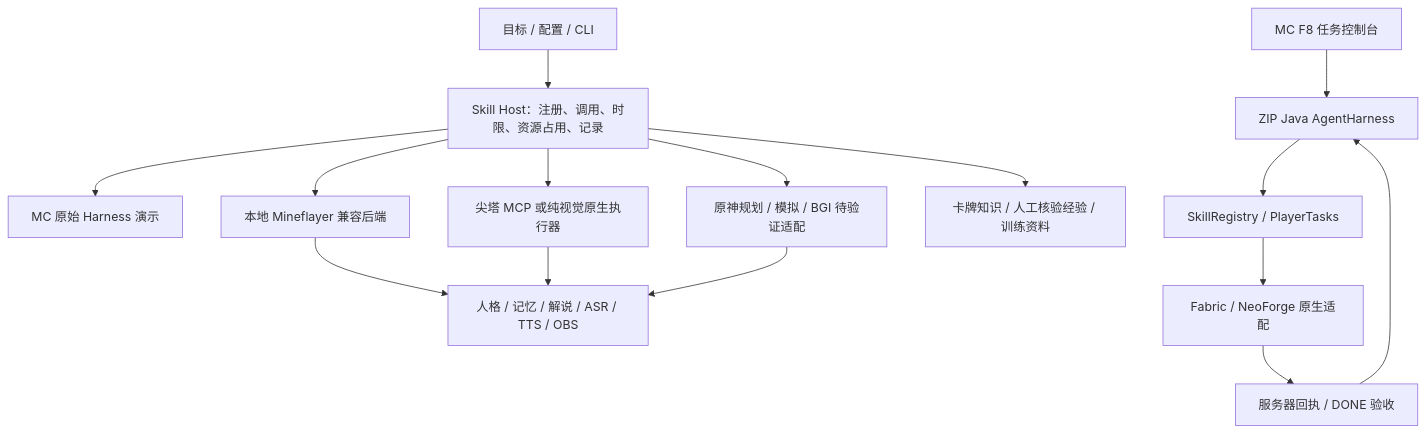
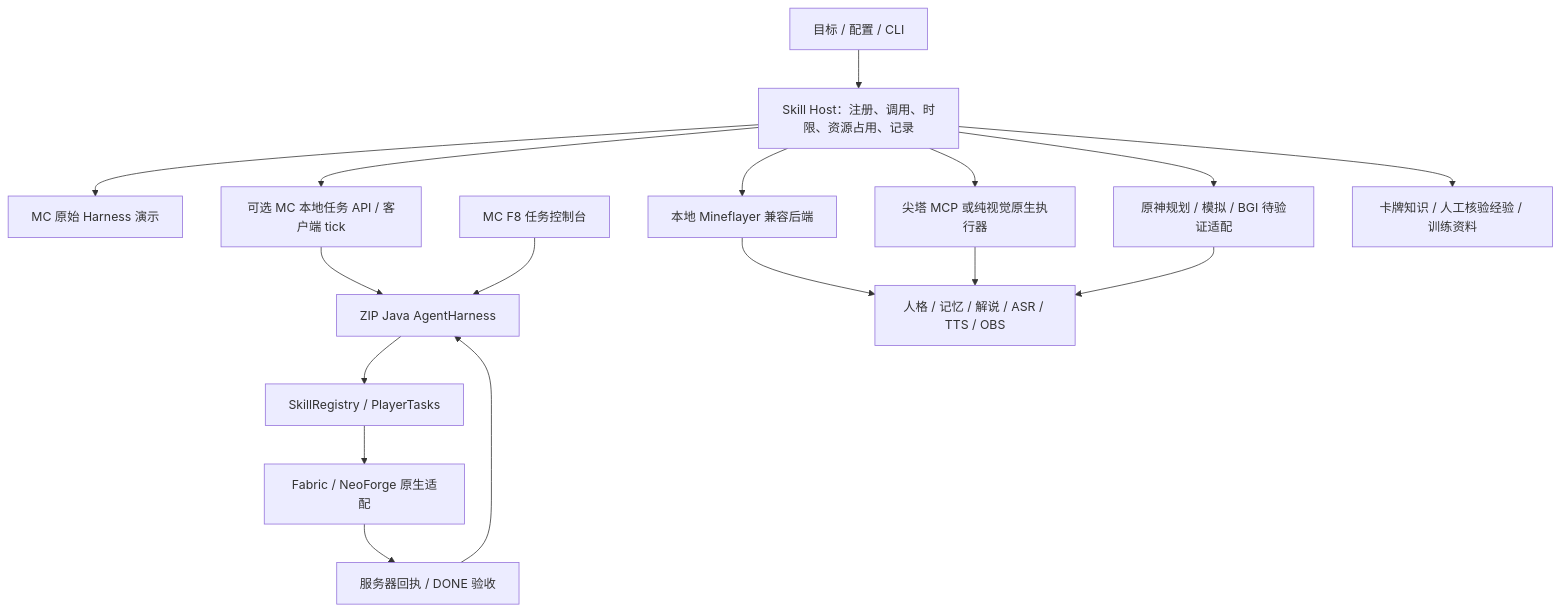
One commit to Antares-Ji/AI_vtuber changed the diagram in docs/integration/ARCHITECTURE.md. Above: the diagram before and after it, drawn with Mermaid. The commit also changed other lines of this file and 27 other files, not shown here.

````diff
--- a/docs/integration/ARCHITECTURE.md
+++ b/docs/integration/ARCHITECTURE.md
@@ -11,17 +11,19 @@
 ```mermaid
 flowchart TD
     User[目标 / 配置 / CLI] --> Host[Skill Host：注册、调用、时限、资源占用、记录]
     Host --> Demo[MC 原始 Harness 演示]
+    Host --> Gateway[可选 MC 本地任务 API / 客户端 tick]
+    Gateway --> Harness
     F8[MC F8 任务控制台] --> Harness[ZIP Java AgentHarness]
     Harness --> MC[SkillRegistry / PlayerTasks]
     MC --> Adapter[Fabric / NeoForge 原生适配]
     Adapter --> Receipt[服务器回执 / DONE 验收]
     Receipt --> Harness
     Host --> Legacy[本地 Mineflayer 兼容后端]
     Host --> Spire[尖塔 MCP 或纯视觉原生执行器]
     Host --> GI[原神规划 / 模拟 / BGI 待验证适配]
     Host --> Knowledge[卡牌知识 / 人工核验经验 / 训练资料]
     Legacy --> Streamer[人格 / 记忆 / 解说 / ASR / TTS / OBS]
     Spire --> Streamer
     GI --> Streamer
 ```
````
